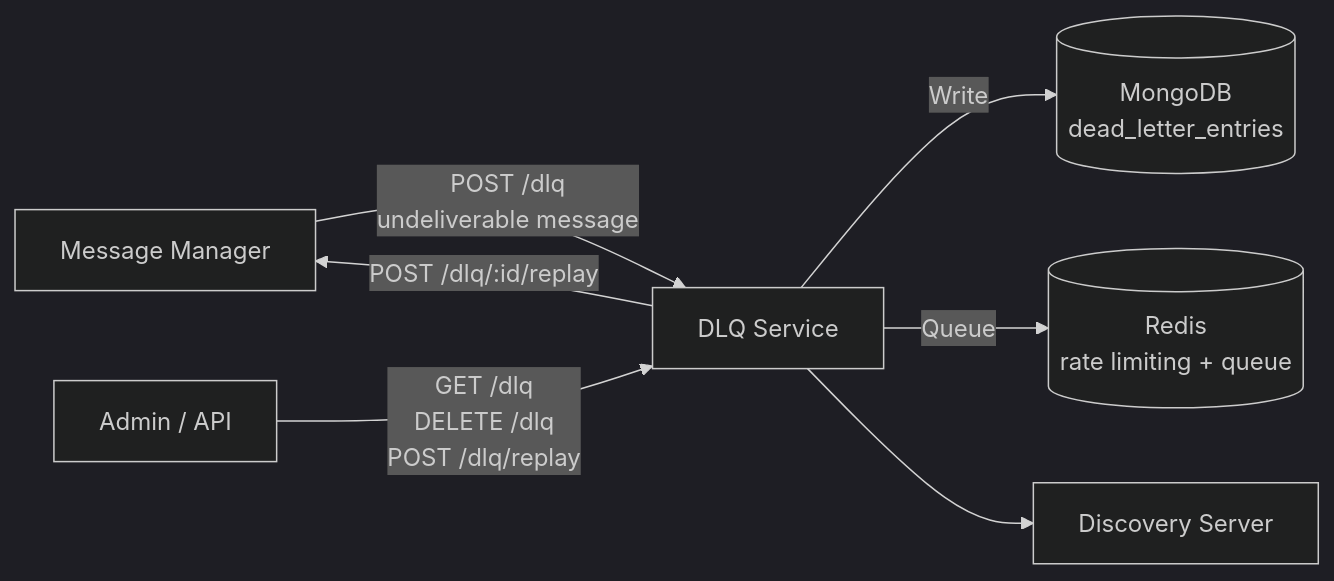
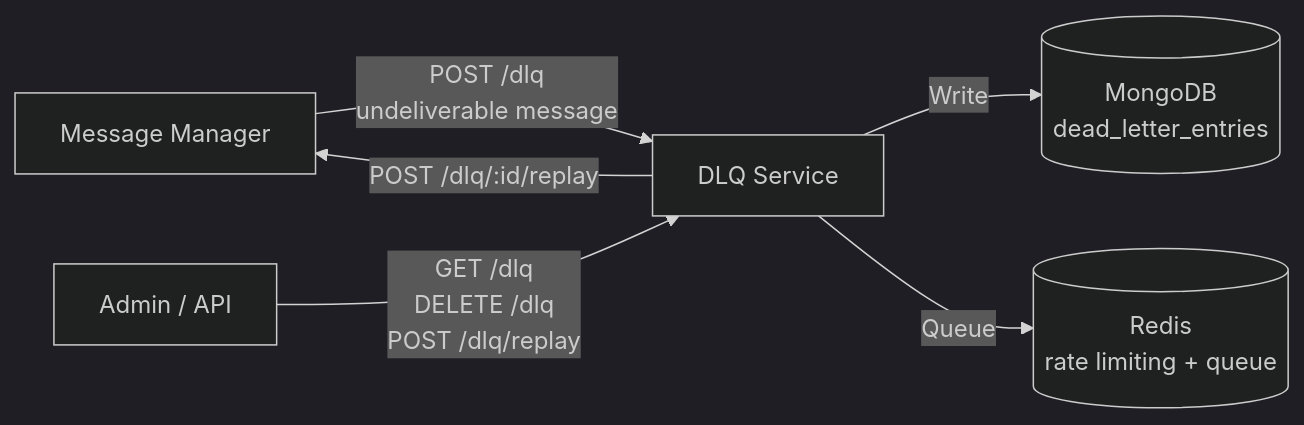
The diagram in services/dlq-service/ARCHITECTURE.md (docteur-turboss/trading-model), drawn with Mermaid (dark theme) before and after one commit. The commit also changed 361 other files, not shown here.

First line of the commit message:
:recycle:(discovery-server): release N+1 of retiring discovery-server, forward /v<major> and drop registration (#1244)

````diff
--- a/services/dlq-service/ARCHITECTURE.md
+++ b/services/dlq-service/ARCHITECTURE.md
@@ -9,9 +9,8 @@
 ```mermaid
 graph LR
     MM["Message Manager"] -->|POST /dlq<br/>undeliverable message| DLQ["DLQ Service"]
     DLQ -->|Write| MDB[("MongoDB<br/>dead_letter_entries")]
     DLQ -->|Queue| R[("Redis<br/>rate limiting + queue")]
     DLQ -->|POST /dlq/:id/replay| MM
     API["Admin / API"] -->|GET /dlq<br/>DELETE /dlq<br/>POST /dlq/replay| DLQ
-    DLQ --> DS["Discovery Server"]
 ```
````
